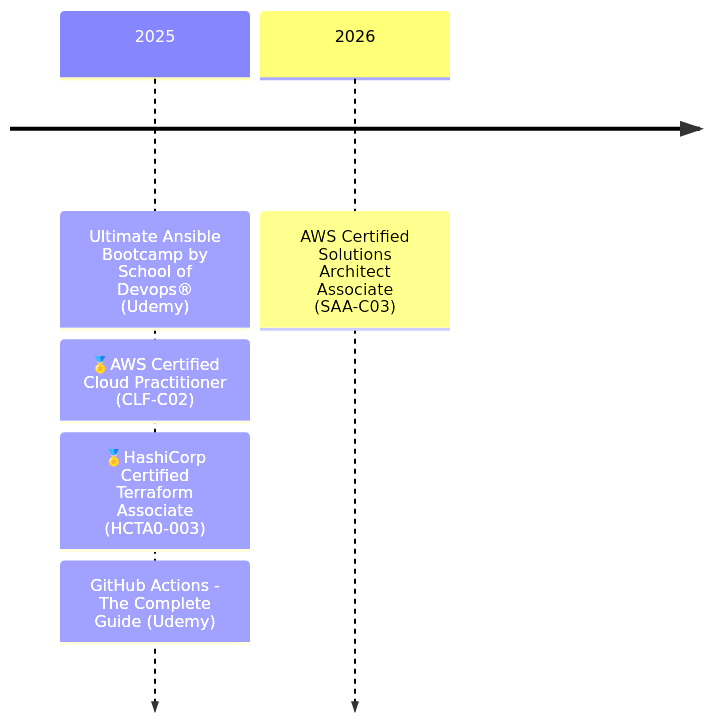
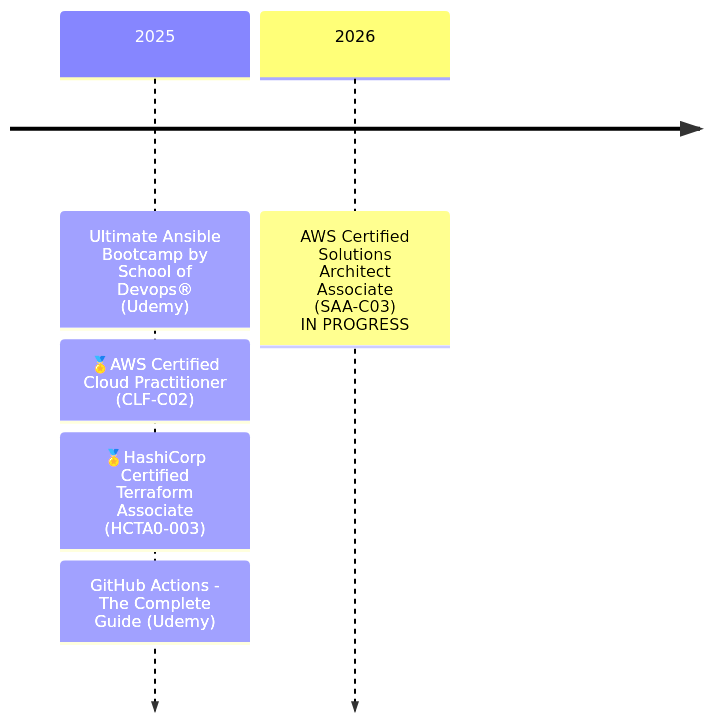
Before and after one commit to rtdevx/rtdevx.github.io: the diagram in content/about.md, drawn with Mermaid.

Commit message:
Obsidian sync: 2026-02-02 10:24:34

```diff
--- a/content/about.md
+++ b/content/about.md
@@ -65,8 +65,8 @@
 {{< mermaid >}}
 timeline    
     2025 : Ultimate Ansible Bootcamp by School of Devops® (Udemy)
          : 🏅AWS Certified Cloud Practitioner (CLF-C02)
          : 🏅HashiCorp Certified Terraform Associate (HCTA0-003)
          : GitHub Actions - The Complete Guide (Udemy)
-    2026 : AWS Certified Solutions Architect Associate (SAA-C03)
+    2026 : AWS Certified Solutions Architect Associate (SAA-C03)<br> IN PROGRESS
 {{< /mermaid >}}
```
